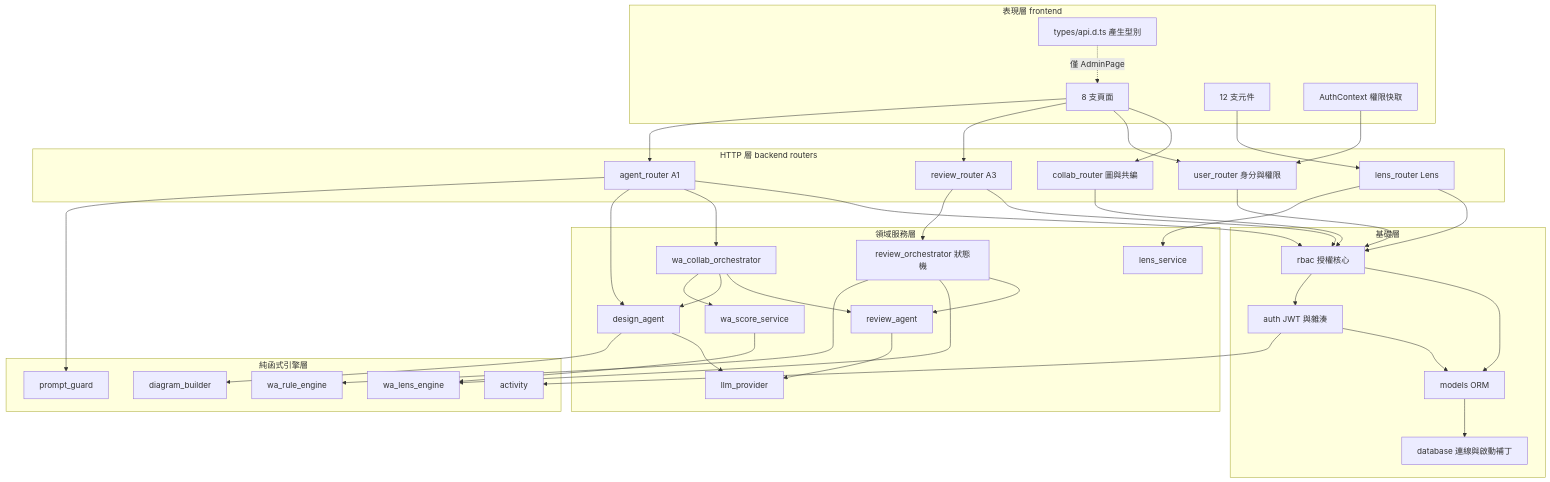
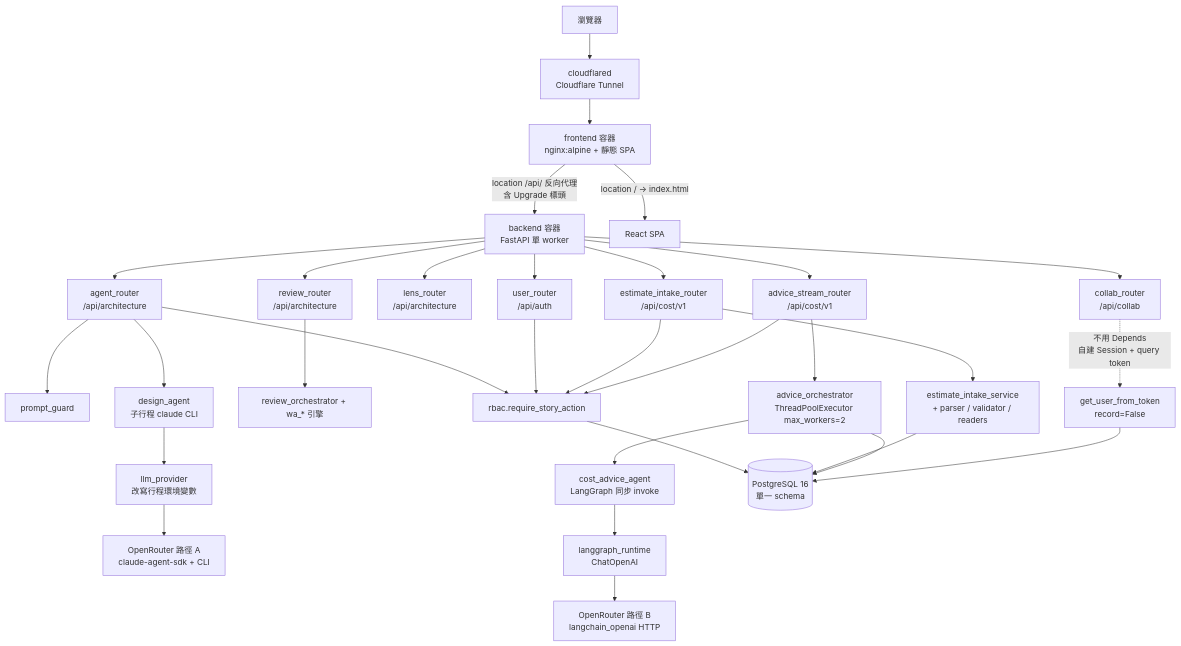
The first of 4 diagrams in aidlc/spaces/default/codekb/cloud-360/architecture.md (opendiamonds/cloud-360), drawn with Mermaid before and after one commit. The commit also changed other lines of this file and 11 other files, not shown here.

````diff
--- a/aidlc/spaces/default/codekb/cloud-360/architecture.md
+++ b/aidlc/spaces/default/codekb/cloud-360/architecture.md
@@ -232,71 +30,38 @@
 ```mermaid
 graph TD
-    subgraph L1["表現層 frontend"]
-        PAGES["8 支頁面"]
-        COMPS["12 支元件"]
-        AUTHCTX["AuthContext 權限快取"]
-        TYPES["types/api.d.ts 產生型別"]
-    end
-    subgraph L2["HTTP 層 backend routers"]
-        R1["agent_router A1"]
-        R2["review_router A3"]
-        R3["lens_router Lens"]
-        R4["user_router 身分與權限"]
-        R5["collab_router 圖與共編"]
-    end
-    subgraph L3["領域服務層"]
-        ORCH["review_orchestrator 狀態機"]
-        WACOL["wa_collab_orchestrator"]
-        DAGENT["design_agent"]
-        RAGENT["review_agent"]
-        LSVC["lens_service"]
-        SCORE["wa_score_service"]
-        LLMP["llm_provider"]
-    end
-    subgraph L4["純函式引擎層"]
-        RULE["wa_rule_engine"]
-        LENS["wa_lens_engine"]
-        BUILD["diagram_builder"]
-        ACT["activity"]
-        PG2["prompt_guard"]
-    end
-    subgraph L5["基礎層"]
-        RBAC["rbac 授權核心"]
-        AUTH["auth JWT 與雜湊"]
-        MODELS["models ORM"]
-        DBM["database 連線與啟動補丁"]
-    end
+    U["瀏覽器"] --> CF["cloudflared<br/>Cloudflare Tunnel"]
+    CF --> NG["frontend 容器<br/>nginx:alpine + 靜態 SPA"]
+    NG -->|"location /api/ 反向代理<br/>含 Upgrade 標頭"| BE["backend 容器<br/>FastAPI 單 worker"]
+    NG -->|"location / → index.html"| SPA["React SPA"]
 
-    PAGES --> R1
-    PAGES --> R2
-    PAGES --> R4
-    PAGES --> R5
-    COMPS --> R3
-    AUTHCTX --> R4
-    TYPES -. 僅 AdminPage .-> PAGES
-    R1 --> PG2
-    R1 --> DAGENT
-    R1 --> WACOL
-    R2 --> ORCH
-    R3 --> LSVC
-    ORCH --> RULE
-    ORCH --> LENS
-    ORCH --> RAGENT
-    WACOL --> SCORE
-    WACOL --> DAGENT
-    WACOL --> RAGENT
-    SCORE --> LENS
-    DAGENT --> BUILD
-    DAGENT --> LLMP
-    RAGENT --> LLMP
-    R1 --> RBAC
-    R2 --> RBAC
-    R3 --> RBAC
+    BE --> R1["agent_router<br/>/api/architecture"]
+    BE --> R2["review_router<br/>/api/architecture"]
+    BE --> R3["lens_router<br/>/api/architecture"]
+    BE --> R4["user_router<br/>/api/auth"]
+    BE --> R5["collab_router<br/>/api/collab"]
+    BE --> R6["estimate_intake_router<br/>/api/cost/v1"]
+    BE --> R7["advice_stream_router<br/>/api/cost/v1"]
+
+    R1 --> GUARD["prompt_guard"]
+    R1 --> DA["design_agent<br/>子行程 claude CLI"]
+    R2 --> RO["review_orchestrator + wa_* 引擎"]
+    R6 --> EIS["estimate_intake_service<br/>+ parser / validator / readers"]
+    R7 --> AO["advice_orchestrator<br/>ThreadPoolExecutor max_workers=2"]
+    AO --> CAA["cost_advice_agent<br/>LangGraph 同步 invoke"]
+
+    R1 --> RBAC["rbac.require_story_action"]
     R4 --> RBAC
-    R5 --> RBAC
-    RBAC --> AUTH
-    RBAC --> MODELS
-    AUTH --> ACT
-    AUTH --> MODELS
-    MODELS --> DBM
+    R6 --> RBAC
+    R7 --> RBAC
+    R5 -.->|"不用 Depends<br/>自建 Session + query token"| AUTHWS["get_user_from_token<br/>record=False"]
+
+    DA --> LP["llm_provider<br/>改寫行程環境變數"]
+    LP --> ORA["OpenRouter 路徑 A<br/>claude-agent-sdk + CLI"]
+    CAA --> LGR["langgraph_runtime<br/>ChatOpenAI"]
+    LGR --> ORB["OpenRouter 路徑 B<br/>langchain_openai HTTP"]
+
+    RBAC --> DB[("PostgreSQL 16<br/>單一 schema")]
+    EIS --> DB
+    AO --> DB
+    AUTHWS --> DB
 ```
````
